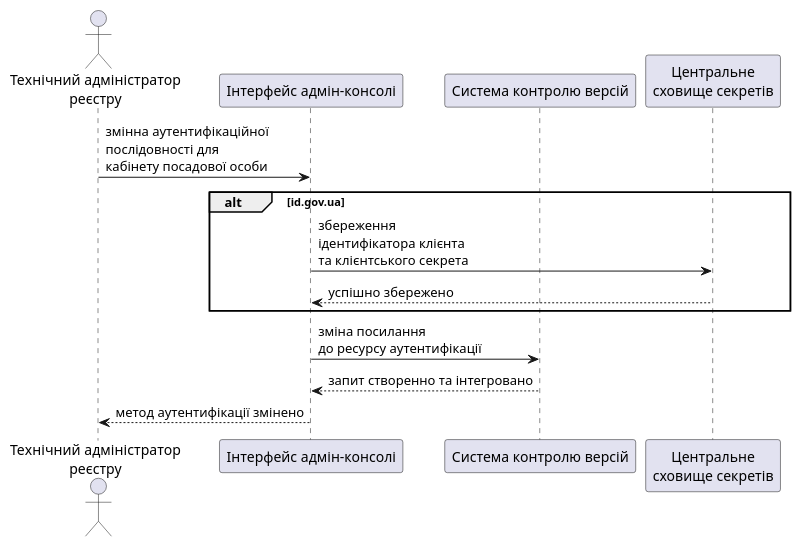
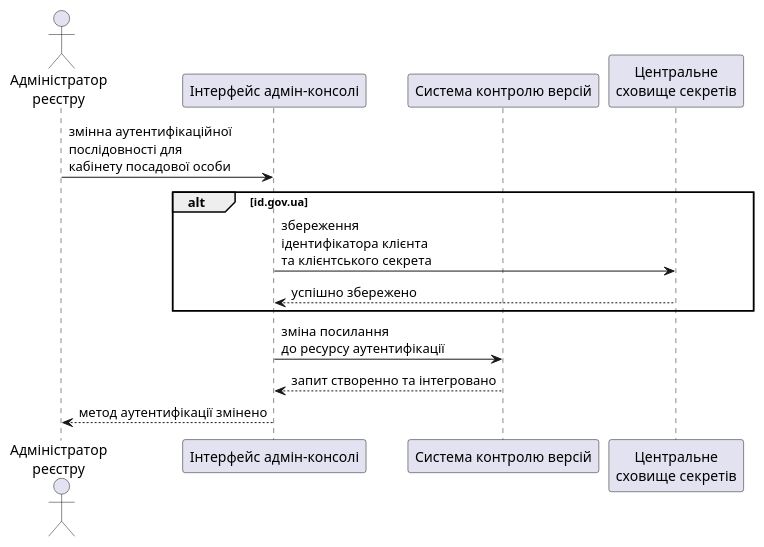
The second of 2 diagrams in modules/arch/pages/architecture-workspace/platform-evolution/id-gov-ua-flow.adoc (epam/edp-ddm-architecture), drawn with PlantUML before and after one commit. The commit also changed other lines of this file and 5 other files, not shown here.

```diff
--- a/modules/arch/pages/architecture-workspace/platform-evolution/id-gov-ua-flow.adoc
+++ b/modules/arch/pages/architecture-workspace/platform-evolution/id-gov-ua-flow.adoc
@@ -78,17 +78,17 @@
 [plantuml, configuration, svg]
 ----
 @startuml
-actor "Технічний адміністратор\nреєстру" as admin
+actor "Адміністратор\nреєстру" as admin
 participant "Інтерфейс адмін-консолі" as cp
 participant "Система контролю версій" as gerrit
 participant "Центральне\nсховище секретів" as registry
 admin -> cp: змінна аутентифікаційної\nпослідовності для\nкабінету посадової особи
 alt id.gov.ua
 cp -> registry: збереження\nідентифікатора клієнта\nта клієнтського секрета
 return успішно збережено
 end
 cp -> gerrit: зміна посилання\nдо ресурсу аутентифікації
 return запит створенно та інтегровано
 cp --> admin: метод аутентифікації змінено
 @enduml
 ----
```
